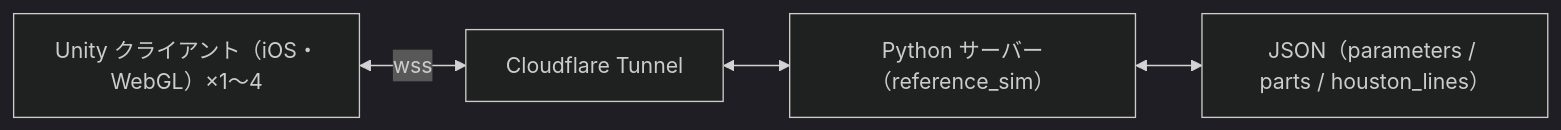
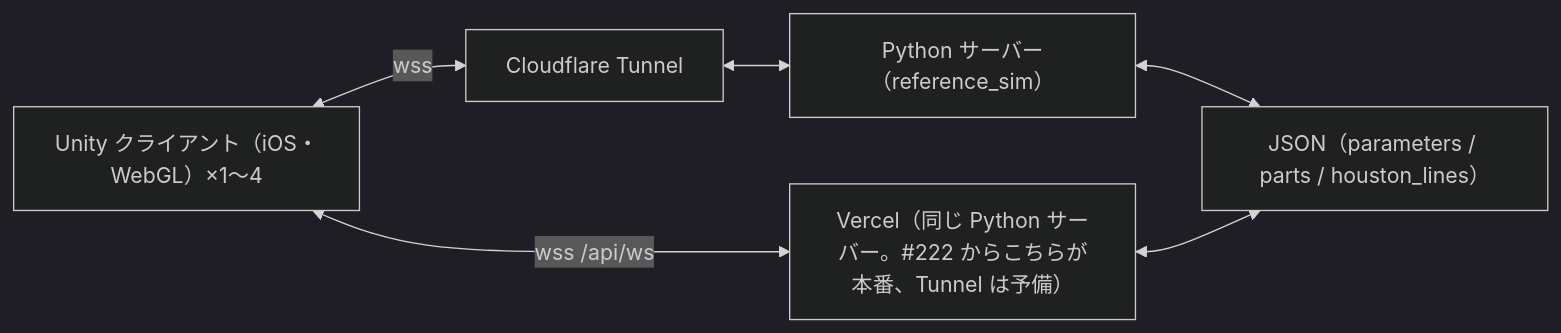
Before and after one commit to igata1212/nasa_hackathon_2026: the diagram in docs/design/architecture.md, drawn with Mermaid (dark theme). The commit also changed other lines of this file and 29 other files, not shown here.

````diff
--- a/docs/design/architecture.md
+++ b/docs/design/architecture.md
@@ -7,6 +7,8 @@
 ```mermaid
 flowchart LR
   C["Unity クライアント（iOS・WebGL）×1〜4"] <-->|wss| T["Cloudflare Tunnel"]
   T <--> S["Python サーバー（reference_sim）"]
   S <--> J["JSON（parameters / parts / houston_lines）"]
+  C <-->|wss /api/ws| V["Vercel（同じ Python サーバー。#222 からこちらが本番、Tunnel は予備）"]
+  V <--> J
 ```
````
